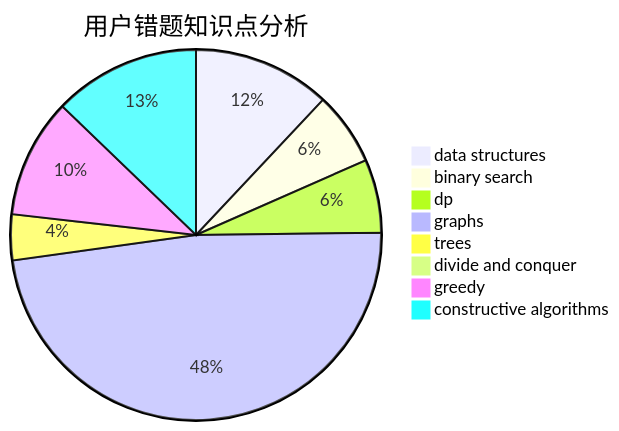
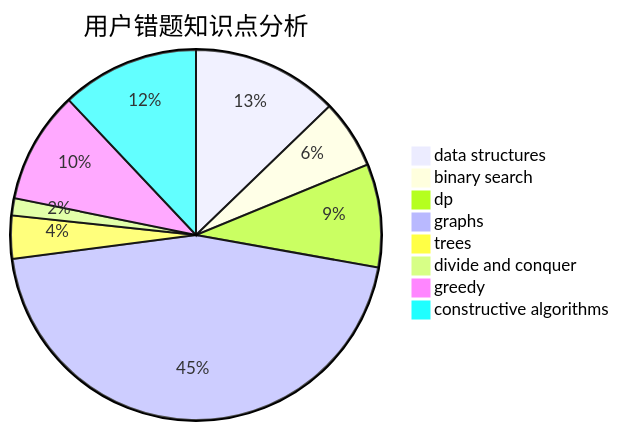
Before and after one commit to sherpahu/cfrs.github.io: the third of 3 diagrams in docs/user/u2110.md, drawn with Mermaid. The commit also changed other lines of this file and 2770 other files, not shown here.

````diff
--- a/docs/user/u2110.md
+++ b/docs/user/u2110.md
@@ -36,11 +36,11 @@
 ```mermaid
 pie title 用户错题知识点分析
-    "data structures" :  15
+    "data structures" :  17
     "binary search" :  8
-    "dp" :  8
+    "dp" :  12
     "graphs" :  60
     "trees" :  5
-    "divide and conquer" :  0
+    "divide and conquer" :  2
     "greedy" :  13
     "constructive algorithms" :  16
 ```
````
